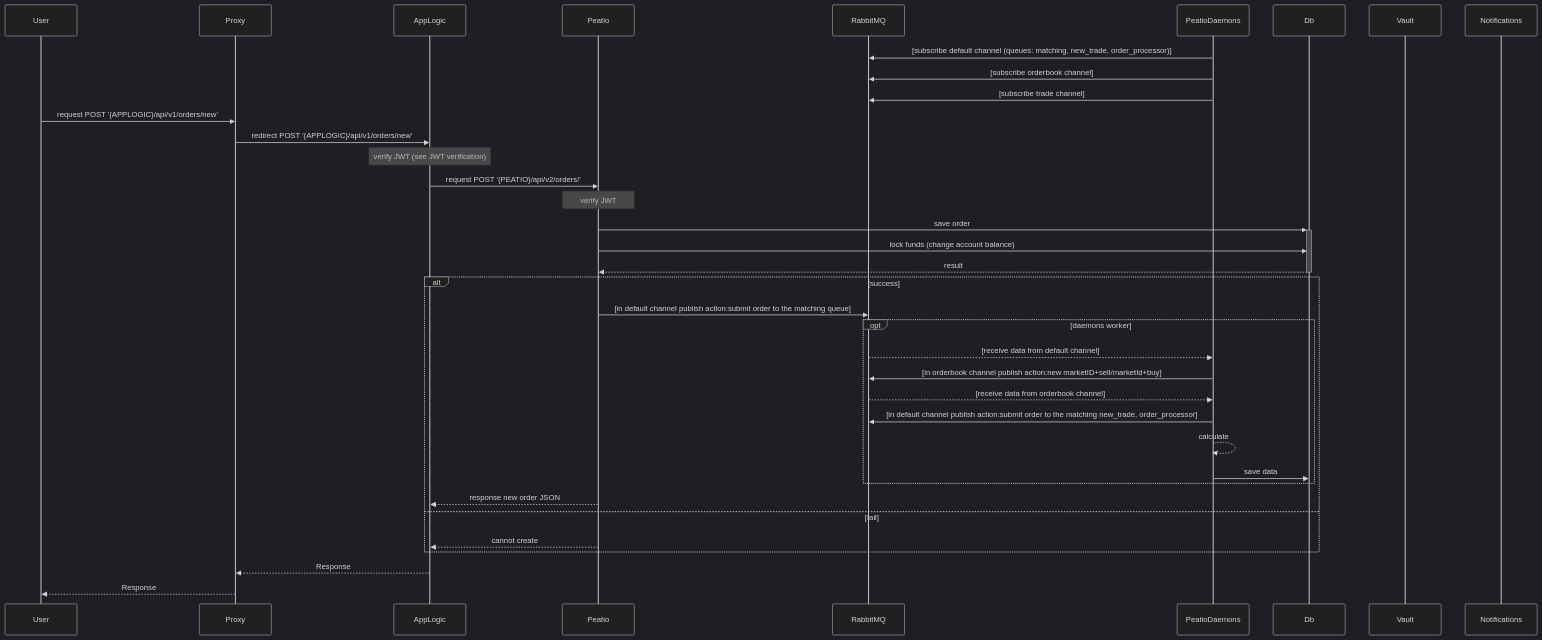
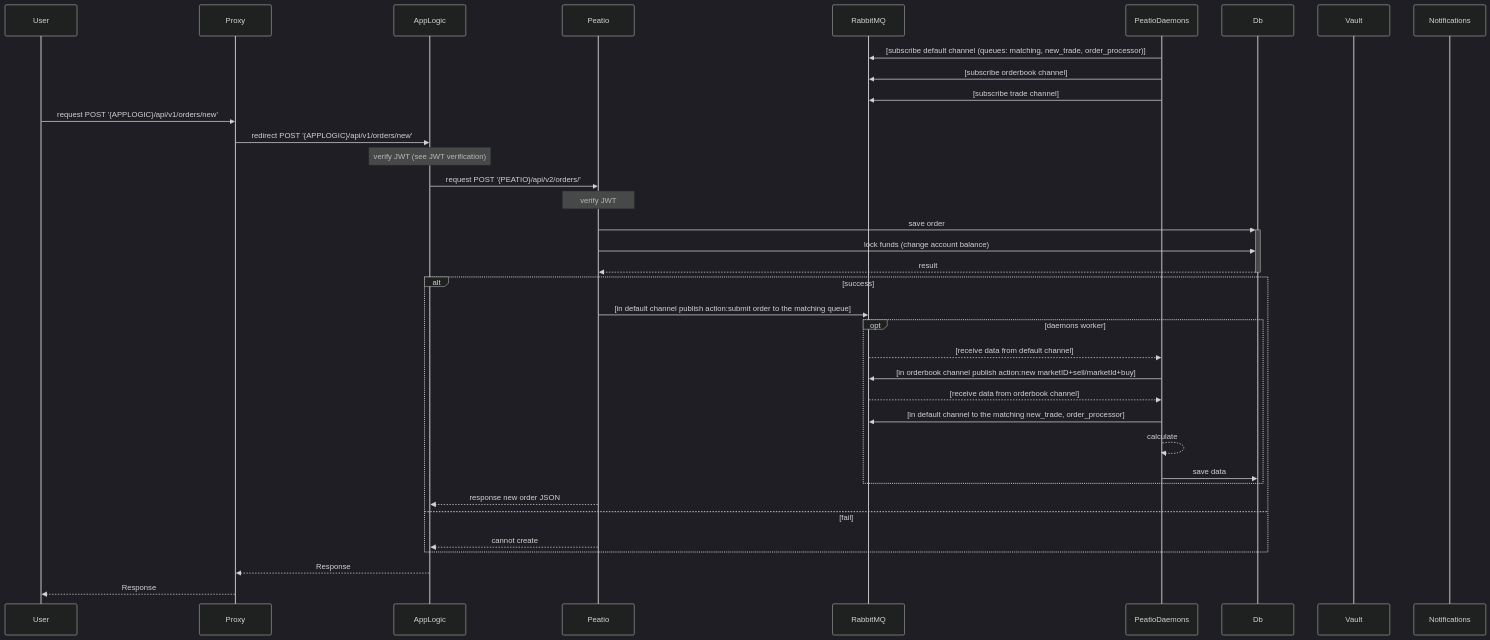
The fifth of 19 diagrams in README.md (sergii-savchenko/rkcp_arch), drawn with Mermaid (dark theme) before and after one commit. The commit also changed 2 other files, not shown here.

Commit message:
create order diagramm fixing

````diff
--- a/README.md
+++ b/README.md
@@ -202,40 +202,40 @@
 ```mermaid
 sequenceDiagram
     participant User
     participant Proxy
     participant AppLogic
     participant Peatio
     participant RabbitMQ
     participant PeatioDaemons
     participant Db
     participant Vault
     participant Notifications
 
     PeatioDaemons->>RabbitMQ: [subscribe default channel (queues: matching, new_trade, order_processor)]
     PeatioDaemons->>RabbitMQ: [subscribe orderbook channel]
     PeatioDaemons->>RabbitMQ: [subscribe trade channel]
     User->>Proxy: request POST '{APPLOGIC}/api/v1/orders/new'
     Proxy->>AppLogic: redirect POST '{APPLOGIC}/api/v1/orders/new'
     Note over AppLogic: verify JWT (see JWT verification)
     AppLogic->>Peatio: request POST '{PEATIO}/api/v2/orders/'
     Note over Peatio: verify JWT
     Peatio->>+Db: save order
     Peatio->>Db: lock funds (change account balance)
     Db-->>-Peatio: result
     alt success
         Peatio->>RabbitMQ: [in default channel publish action:submit order to the matching queue]
         opt daemons worker
             RabbitMQ-->>PeatioDaemons: [receive data from default channel]
             PeatioDaemons->>RabbitMQ: [in orderbook channel publish action:new marketID+sell/marketId+buy]
             RabbitMQ-->>PeatioDaemons: [receive data from orderbook channel]
-            PeatioDaemons->>RabbitMQ: [in default channel publish action:submit order to the matching new_trade, order_processor]
+            PeatioDaemons->>RabbitMQ: [in default channel to the matching new_trade, order_processor]
             PeatioDaemons-->>PeatioDaemons: calculate
             PeatioDaemons->>Db: save data
         end
         Peatio-->>AppLogic: response new order JSON
     else fail
         Peatio-->>AppLogic: cannot create
     end
     AppLogic-->>Proxy: Response
     Proxy-->>User: Response
 ```
````
